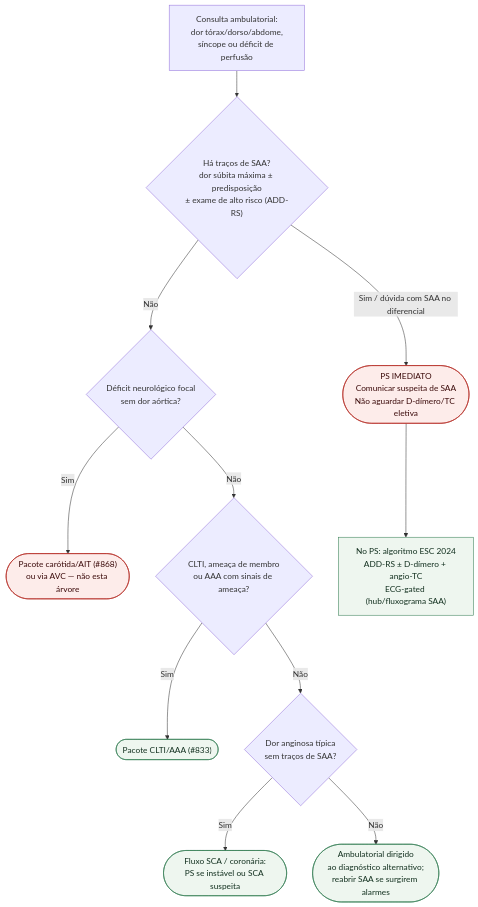
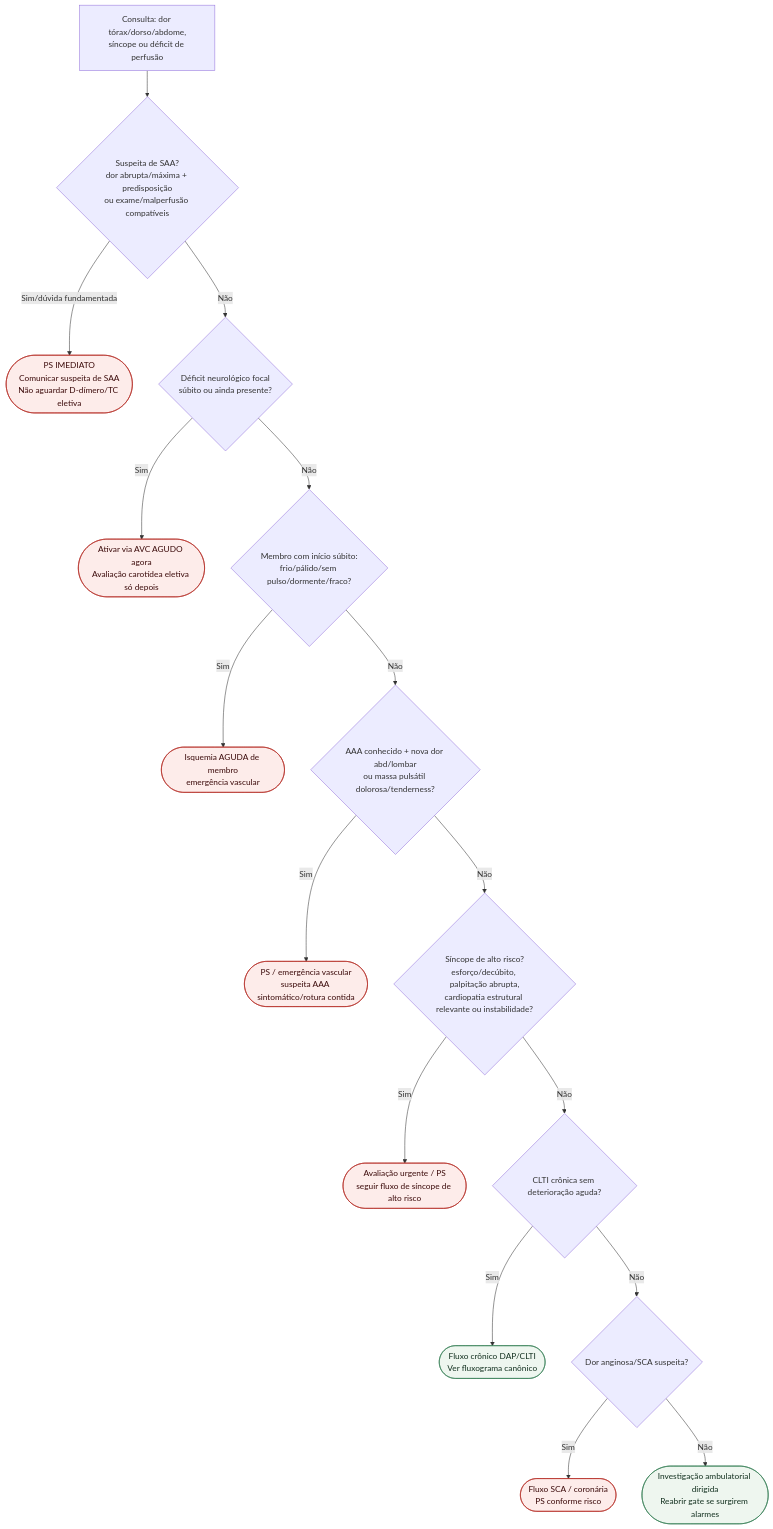
One commit to rafaelpaesmeirelles/MeuCardio changed the diagram in content/Aorta_e_doença_arterial_periférica/fluxograma-ambulatorial-suspeita-saa-consultorio-para-ps.md. Above: the diagram before and after it, drawn with Mermaid. The commit also changed other lines of this file, not shown here.

Commit message:
fix(content): revisa fluxograma ambulatorial SAA

````diff
--- a/content/Aorta_e_doença_arterial_periférica/fluxograma-ambulatorial-suspeita-saa-consultorio-para-ps.md
+++ b/content/Aorta_e_doença_arterial_periférica/fluxograma-ambulatorial-suspeita-saa-consultorio-para-ps.md
@@ -22,26 +18,30 @@
 ```mermaid
 flowchart TD
-  R0["Consulta ambulatorial:<br/>dor tórax/dorso/abdome,<br/>síncope ou déficit de perfusão"] --> D1{"Há traços de SAA?<br/>dor súbita máxima ± predisposição<br/>± exame de alto risco (ADD-RS)"}
+  R0["Consulta: dor tórax/dorso/abdome,<br/>síncope ou déficit de perfusão"] --> D1{"Suspeita de SAA?<br/>dor abrupta/máxima + predisposição<br/>ou exame/malperfusão compatíveis"}
 
-  D1 -->|"Sim / dúvida com SAA no diferencial"| C1(["PS IMEDIATO<br/>Comunicar suspeita de SAA<br/>Não aguardar D-dímero/TC eletiva"])
+  D1 -->|"Sim/dúvida fundamentada"| C1(["PS IMEDIATO<br/>Comunicar suspeita de SAA<br/>Não aguardar D-dímero/TC eletiva"])
 
-  D1 -->|"Não"| D2{"Déficit neurológico focal<br/>sem dor aórtica?"}
+  D1 -->|"Não"| D2{"Déficit neurológico focal<br/>súbito ou ainda presente?"}
+  D2 -->|"Sim"| C2(["Ativar via AVC AGUDO agora<br/>Avaliação carotídea eletiva só depois"])
 
-  D2 -->|"Sim"| C2(["Pacote carótida/AIT (#868)<br/>ou via AVC — não esta árvore"])
+  D2 -->|"Não"| D3{"Membro com início súbito:<br/>frio/pálido/sem pulso/dormente/fraco?"}
+  D3 -->|"Sim"| C3(["Isquemia AGUDA de membro<br/>emergência vascular"])
 
-  D2 -->|"Não"| D3{"CLTI, ameaça de membro<br/>ou AAA com sinais de ameaça?"}
+  D3 -->|"Não"| D4{"AAA conhecido + nova dor abd/lombar<br/>ou massa pulsátil dolorosa/tenderness?"}
+  D4 -->|"Sim"| C4(["PS / emergência vascular<br/>suspeita AAA sintomático/rotura contida"])
 
-  D3 -->|"Sim"| C3(["Pacote CLTI/AAA (#833)"])
+  D4 -->|"Não"| D5{"Síncope de alto risco?<br/>esforço/decúbito, palpitação abrupta,<br/>cardiopatia estrutural relevante ou instabilidade?"}
+  D5 -->|"Sim"| C5(["Avaliação urgente / PS<br/>seguir fluxo de síncope de alto risco"])
 
-  D3 -->|"Não"| D4{"Dor anginosa típica<br/>sem traços de SAA?"}
+  D5 -->|"Não"| D6{"CLTI crônica sem deterioração aguda?"}
+  D6 -->|"Sim"| C6(["Fluxo crônico DAP/CLTI<br/>Ver fluxograma canônico"])
 
-  D4 -->|"Sim"| C4(["Fluxo SCA / coronária:<br/>PS se instável ou SCA suspeita"])
-  D4 -->|"Não"| C5(["Ambulatorial dirigido<br/>ao diagnóstico alternativo;<br/>reabrir SAA se surgirem alarmes"])
+  D6 -->|"Não"| D7{"Dor anginosa/SCA suspeita?"}
+  D7 -->|"Sim"| C7(["Fluxo SCA / coronária<br/>PS conforme risco"])
+  D7 -->|"Não"| C8(["Investigação ambulatorial dirigida<br/>Reabrir gate se surgirem alarmes"])
 
-  C1 --> N1["No PS: algoritmo ESC 2024<br/>ADD-RS ± D-dímero + angio-TC<br/>ECG-gated (hub/fluxograma SAA)"]
-
+  classDef alerta fill:#fdecea,stroke:#b3261e,color:#3b0a0a;
   classDef conduta fill:#eef6ef,stroke:#2f7a4f,color:#12301f;
-  classDef alerta fill:#fdecea,stroke:#b3261e,color:#3b0a0a;
-  class C1,C2 alerta;
-  class C3,C4,C5,N1 conduta;
+  class C1,C2,C3,C4,C5,C7 alerta;
+  class C6,C8 conduta;
 ```
````
